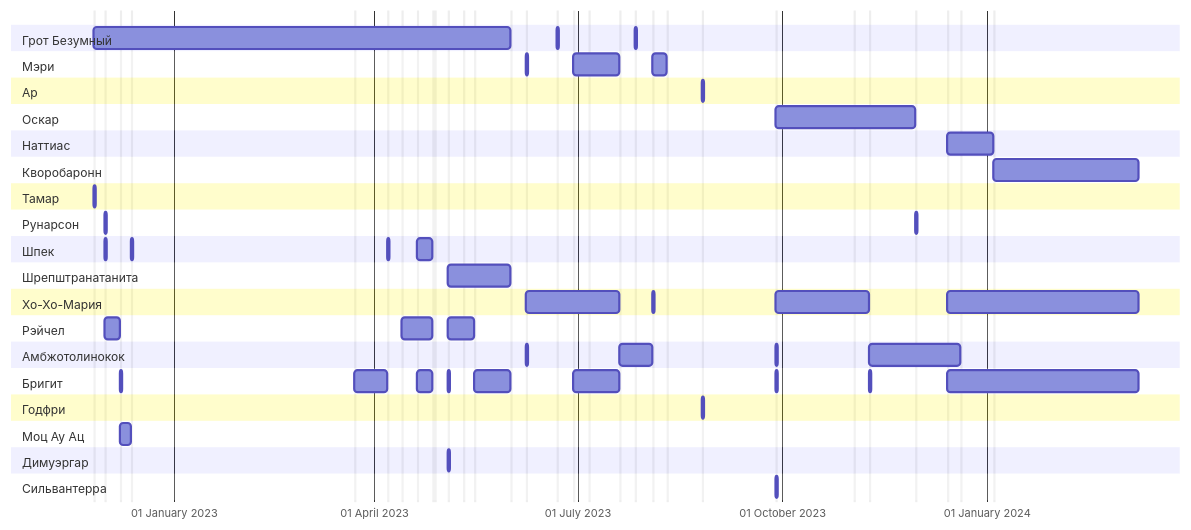
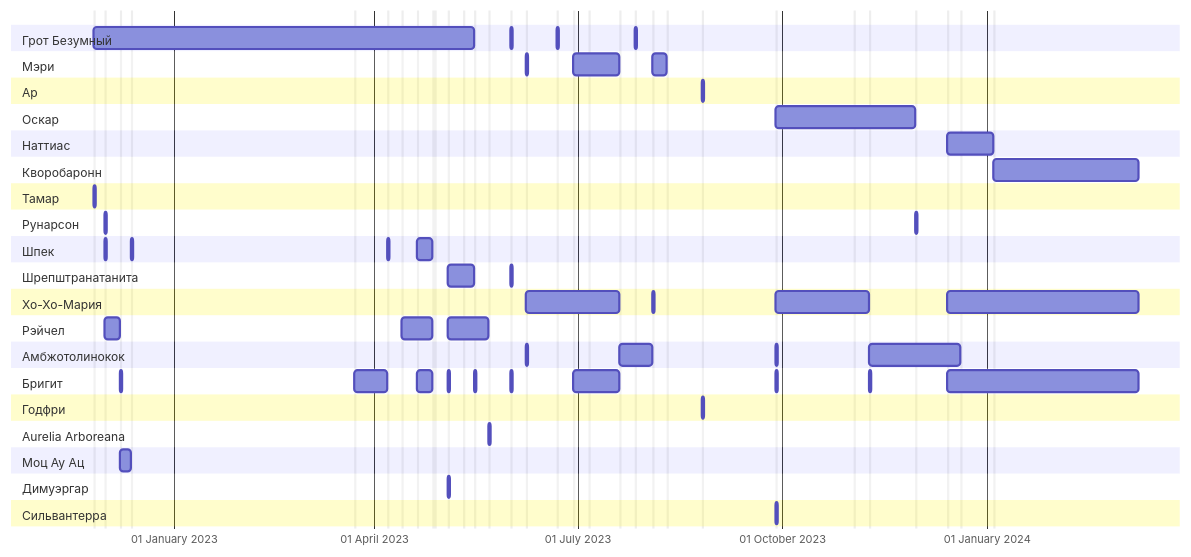
Before and after one commit to filhit/published-dnd-notes: the diagram in src/site/notes/Дневник GG Dungeon.md, drawn with Mermaid. The commit also changed other lines of this file, not shown here.

Commit message:
Update content src/site/notes/Дневник GG Dungeon.md

````diff
--- a/src/site/notes/Дневник GG Dungeon.md
+++ b/src/site/notes/Дневник GG Dungeon.md
@@ -43,69 +44,74 @@
 ```mermaid
 gantt
 %%{ init: { "gantt": { "displayMode": "compact" } } }%%
 	dateFormat YYYY-MM-DD
     axisFormat %d %B %Y
     tickInterval 3month
-	excludes 2022-11-26, 2022-12-01, 2022-12-08, 2022-12-13, 2023-03-23,2023-04-07, 2023-04-13, 2023-04-20, 2023-04-27, 2023-04-28, 2023-05-04, 2023-05-11, 2023-05-16, 2023-06-01, 2023-06-08, 2023-06-22, 2023-06-29, 2023-07-06, 2023-07-20, 2023-07-27, 2023-08-04, 2023-08-10, 2023-08-26, 2023-09-28, 2023-11-02, 2023-11-09, 2023-11-30, 2023-12-14, 2023-12-20, 2024-03-09, 2024-01-04
+	excludes 2022-11-26, 2022-12-01, 2022-12-08, 2022-12-13, 2023-03-23,2023-04-07, 2023-04-13, 2023-04-20, 2023-04-27, 2023-04-28, 2023-05-04, 2023-05-11, 2023-05-16, 2023-05-22, 2023-06-01, 2023-06-08, 2023-06-22, 2023-06-29, 2023-07-06, 2023-07-20, 2023-07-27, 2023-08-04, 2023-08-10, 2023-08-26, 2023-09-28, 2023-11-02, 2023-11-09, 2023-11-30, 2023-12-14, 2023-12-20, 2024-03-09, 2024-01-04
 
     section Грот Безумный
-        ᠎: 2022-11-26,2023-06-01
+        ᠎: 2022-11-26,2023-05-16
+        ᠎: 2023-06-01, 1d
         ᠎: 2023-06-22, 1d
         ᠎: 2023-07-27, 1d
 	section Мэри
 		᠎: 2023-06-08, 1d
 		᠎: 2023-06-29, 2023-07-20
 		᠎: 2023-08-04, 2023-08-10
 	section Ар
 		᠎: 2023-08-26, 1d 
 	section Оскар
 		᠎: 2023-09-28, 2023-11-30
 	section Наттиас
 		᠎: 2023-12-14, 2024-01-04
 	section Кворобаронн
 		᠎: 2024-01-04, 2024-03-09
     section Тамар
         ᠎ :2022-11-26, 1d
     section Рунарсон
 	    ᠎: 2022-12-01, 1d
 	    ᠎: 2023-11-30, 1d
 	section Шпек
 		᠎: 2022-12-01, 1d
 		᠎: 2022-12-13, 1d
 		᠎: 2023-04-07, 1d
 		᠎: 2023-04-20, 2023-04-27
 	section Шрепштранатанита
-		᠎: 2023-05-04, 2023-06-01
+		᠎: 2023-05-04, 2023-05-16
+		᠎: 2023-06-01, 1d
 	section Хо-Хо-Мария
 		᠎: 2023-06-08, 2023-07-20
 		᠎: 2023-08-04, 1d
 		᠎: 2023-09-28, 2023-11-09
 		᠎: 2023-12-14, 2024-03-09
     section Рэйчел
 	    ᠎: 2022-12-01, 2022-12-08
 	    ᠎: 2023-04-13, 2023-04-27
-	    ᠎: 2023-05-04, 2023-05-16
+	    ᠎: 2023-05-04, 2023-05-22
 	section Амбжотолинокок
 		᠎: 2023-06-08, 1d
 		᠎: 2023-07-20, 2023-08-04
 		᠎: 2023-09-28, 1d
 		᠎: 2023-11-09, 2023-12-20
 	section Бригит
 		᠎: 2022-12-08, 1d
 		᠎: 2023-03-23, 2023-04-07
 		᠎: 2023-04-20, 2023-04-27
 		᠎: 2023-05-04, 1d
-		᠎: 2023-05-16, 2023-06-01
+		᠎: 2023-05-16, 1d
+		᠎: 2023-06-01, 1d 
 		᠎: 2023-06-29, 2023-07-20
 		᠎: 2023-09-28, 1d
 		᠎: 2023-11-09, 1d
 		᠎: 2023-12-14, 2024-03-09
 	section Годфри
 		᠎: 2023-08-26, 1d 
+	section Aurelia Arboreana
+		᠎: 2023-05-22, 1d 
 	section Моц Ау Ац
 		᠎: 2022-12-08, 2022-12-13
 	section Димуэргар
 		᠎: 2023-05-04, 1d
 	section Сильвантерра
 		᠎: 2023-09-28, 1d
 ```
````
